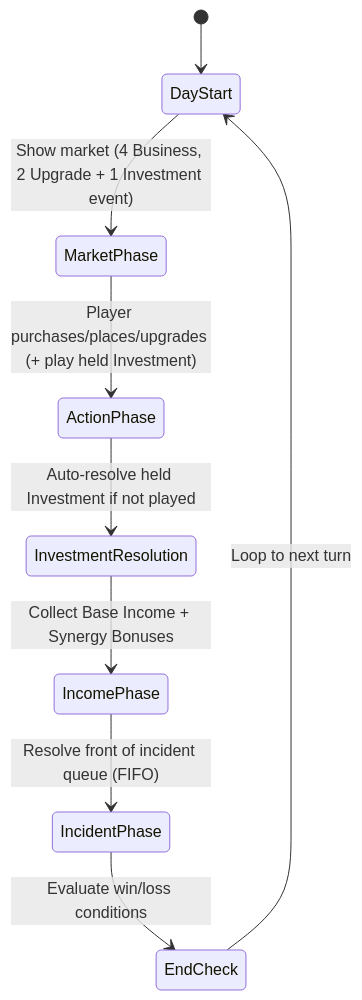
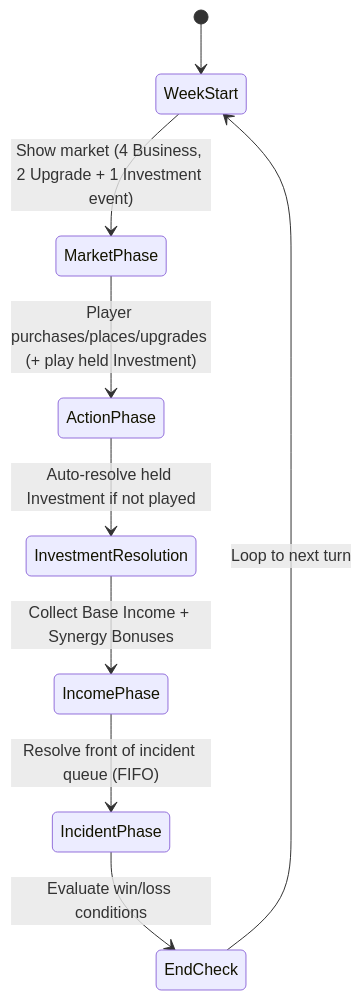
One commit to TheWizardsCode/Tableau-Card-Engine changed the diagram in docs/main-street/the-build-gdd.md. Above: the diagram before and after it, drawn with Mermaid. The commit also changed other lines of this file and 167 other files, not shown here.

````diff
--- a/docs/main-street/the-build-gdd.md
+++ b/docs/main-street/the-build-gdd.md
@@ -162,11 +162,11 @@
 ```mermaid
 stateDiagram-v2
-    [*] --> DayStart
-    DayStart --> MarketPhase: Show market (4 Business, 2 Upgrade + 1 Investment event)
+    [*] --> WeekStart
+    WeekStart --> MarketPhase: Show market (4 Business, 2 Upgrade + 1 Investment event)
     MarketPhase --> ActionPhase: Player purchases/places/upgrades (+ play held Investment)
     ActionPhase --> InvestmentResolution: Auto‑resolve held Investment if not played
     InvestmentResolution --> IncomePhase: Collect Base Income + Synergy Bonuses
     IncomePhase --> IncidentPhase: Resolve front of incident queue (FIFO)
     IncidentPhase --> EndCheck: Evaluate win/loss conditions
-    EndCheck --> DayStart: Loop to next turn
+    EndCheck --> WeekStart: Loop to next turn
 ```
````
